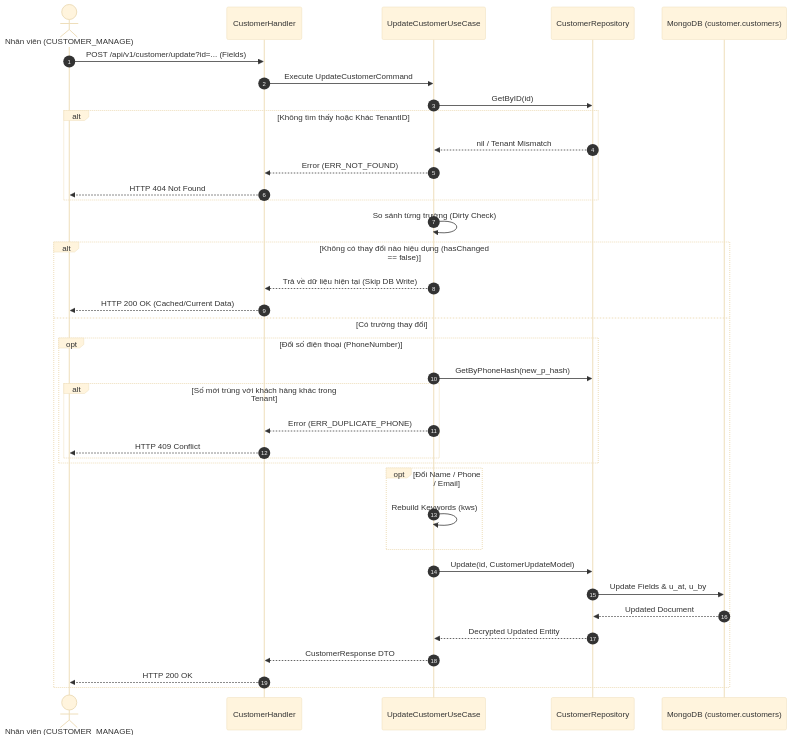
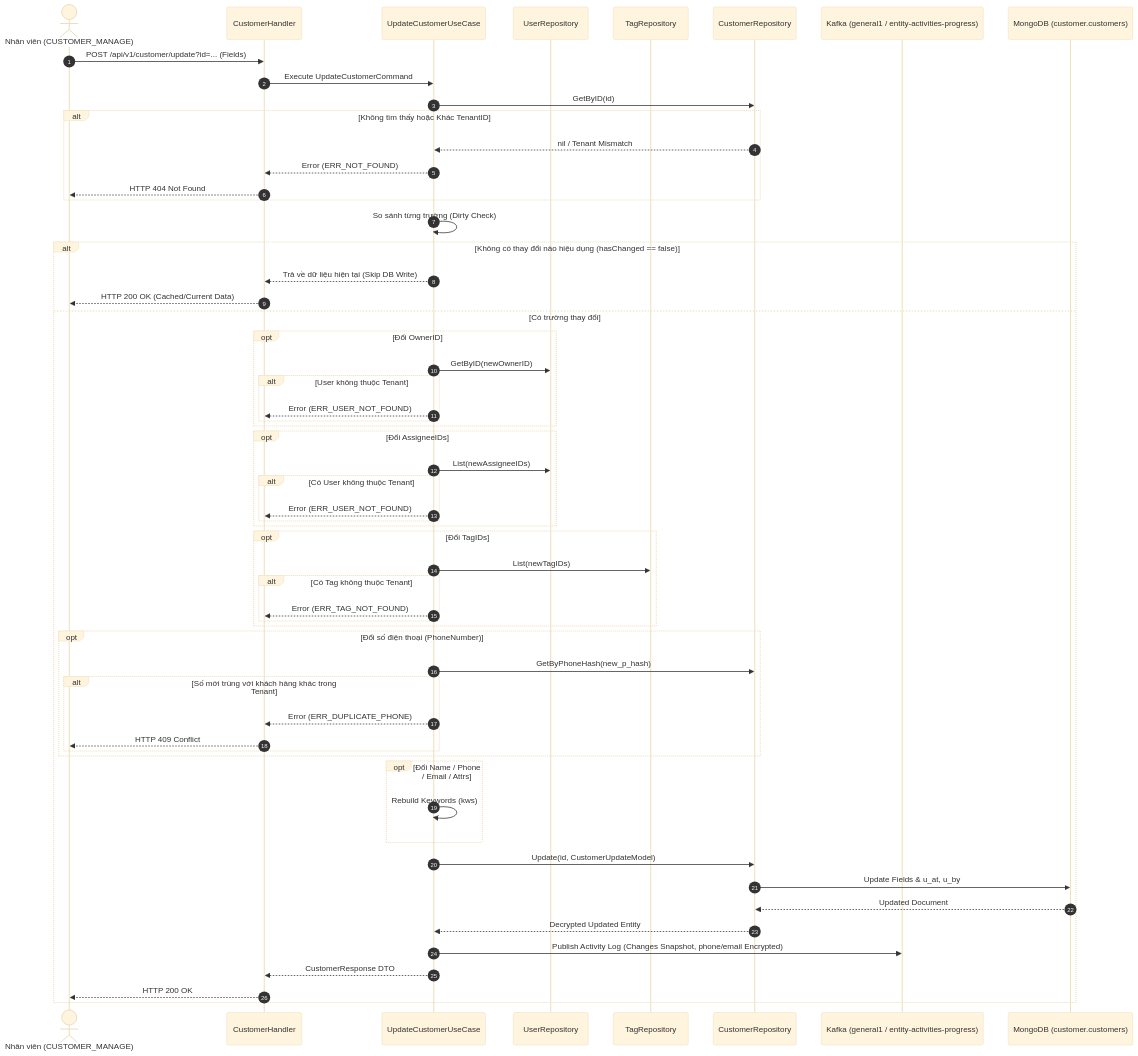
The second of 2 diagrams in .agents/docs/business_flows/CUSTOMER_FLOW.md (sowfkun/sowfkun-verse), drawn with Mermaid (base theme) before and after one commit. The commit also changed other lines of this file and 1 other file, not shown here.

Commit message:
docs: update activity logs and customer flow documentation

````diff
--- a/.agents/docs/business_flows/CUSTOMER_FLOW.md
+++ b/.agents/docs/business_flows/CUSTOMER_FLOW.md
@@ -149,41 +163,63 @@
 ```mermaid
 sequenceDiagram
     autonumber
     actor Staff as Nhân viên (CUSTOMER_MANAGE)
     participant Handler as CustomerHandler
     participant UseCase as UpdateCustomerUseCase
+    participant UserRepo as UserRepository
+    participant TagRepo as TagRepository
     participant CustRepo as CustomerRepository
+    participant Kafka as Kafka (general1 / entity-activities-progress)
     participant DB as MongoDB (customer.customers)
 
     Staff->>Handler: POST /api/v1/customer/update?id=... (Fields)
     Handler->>UseCase: Execute UpdateCustomerCommand
     UseCase->>CustRepo: GetByID(id)
     alt Không tìm thấy hoặc Khác TenantID
         CustRepo-->>UseCase: nil / Tenant Mismatch
         UseCase-->>Handler: Error (ERR_NOT_FOUND)
         Handler-->>Staff: HTTP 404 Not Found
     end
 
     UseCase->>UseCase: So sánh từng trường (Dirty Check)
     alt Không có thay đổi nào hiệu dụng (hasChanged == false)
         UseCase-->>Handler: Trả về dữ liệu hiện tại (Skip DB Write)
         Handler-->>Staff: HTTP 200 OK (Cached/Current Data)
     else Có trường thay đổi
+        opt Đổi OwnerID
+            UseCase->>UserRepo: GetByID(newOwnerID)
+            alt User không thuộc Tenant
+                UseCase-->>Handler: Error (ERR_USER_NOT_FOUND)
+            end
+        end
+        opt Đổi AssigneeIDs
+            UseCase->>UserRepo: List(newAssigneeIDs)
+            alt Có User không thuộc Tenant
+                UseCase-->>Handler: Error (ERR_USER_NOT_FOUND)
+            end
+        end
+        opt Đổi TagIDs
+            UseCase->>TagRepo: List(newTagIDs)
+            alt Có Tag không thuộc Tenant
+                UseCase-->>Handler: Error (ERR_TAG_NOT_FOUND)
+            end
+        end
         opt Đổi số điện thoại (PhoneNumber)
             UseCase->>CustRepo: GetByPhoneHash(new_p_hash)
             alt Số mới trùng với khách hàng khác trong Tenant
                 UseCase-->>Handler: Error (ERR_DUPLICATE_PHONE)
                 Handler-->>Staff: HTTP 409 Conflict
             end
         end
-        opt Đổi Name / Phone / Email
+        opt Đổi Name / Phone / Email / Attrs
             UseCase->>UseCase: Rebuild Keywords (kws)
         end
         UseCase->>CustRepo: Update(id, CustomerUpdateModel)
         CustRepo->>DB: Update Fields & u_at, u_by
         DB-->>CustRepo: Updated Document
         CustRepo-->>UseCase: Decrypted Updated Entity
+        UseCase->>Kafka: Publish Activity Log (Changes Snapshot, phone/email Encrypted)
         UseCase-->>Handler: CustomerResponse DTO
         Handler-->>Staff: HTTP 200 OK
     end
 ```
````
